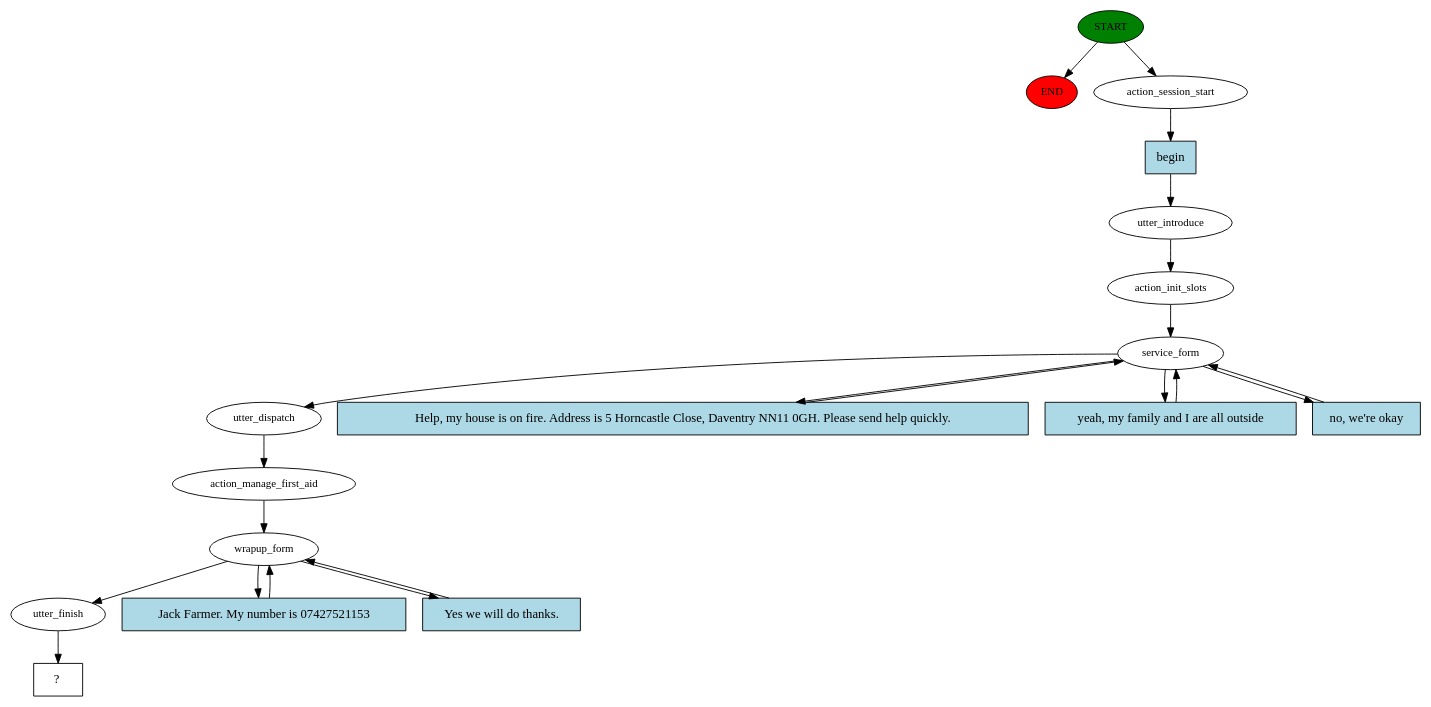
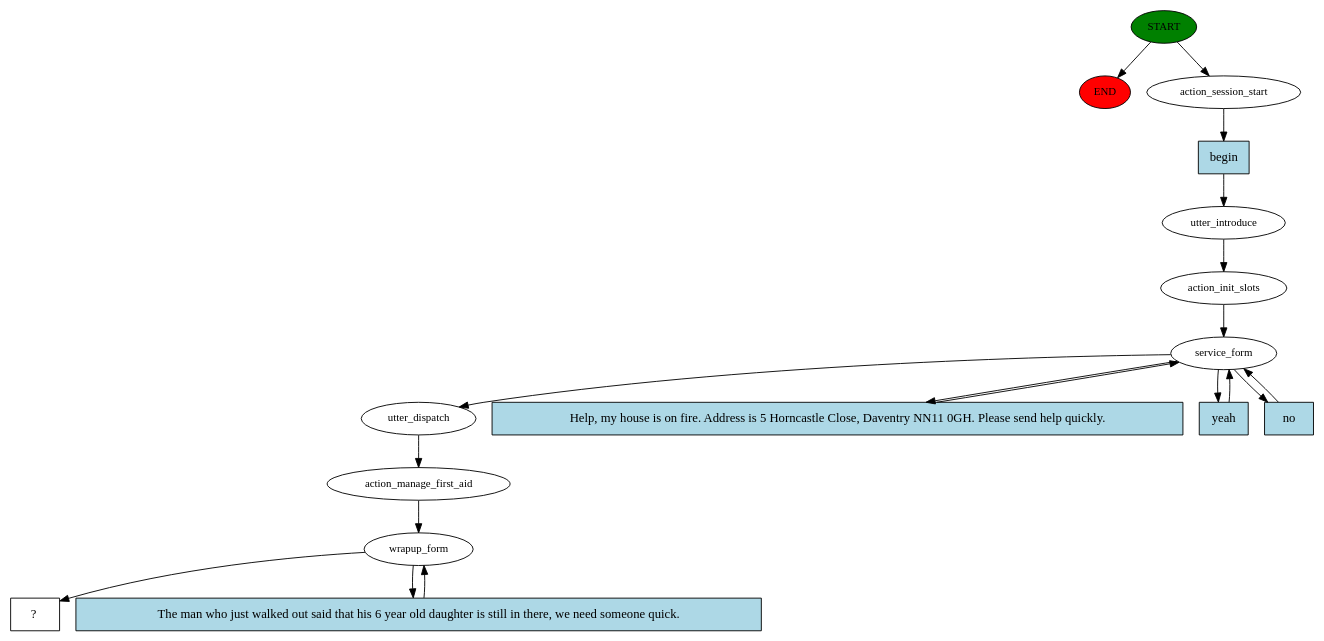
Before and after one commit to JackFarmer132/CS310Project: the diagram in chatbot/story_graph.dot, drawn with Graphviz. The commit also changed 14 other files, not shown here.

```diff
--- a/chatbot/story_graph.dot
+++ b/chatbot/story_graph.dot
@@ -1,40 +1,35 @@
 digraph  {
 0 [class="start active", fillcolor=green, fontsize=12, label=START, style=filled];
 "-1" [class=end, fillcolor=red, fontsize=12, label=END, style=filled];
 1 [class=active, fontsize=12, label=action_session_start];
 2 [class=active, fontsize=12, label=utter_introduce];
 3 [class=active, fontsize=12, label=action_init_slots];
 4 [class=active, fontsize=12, label=service_form];
 8 [class=active, fontsize=12, label=utter_dispatch];
 9 [class=active, fontsize=12, label=action_manage_first_aid];
 10 [class=active, fontsize=12, label=wrapup_form];
-13 [class=active, fontsize=12, label=utter_finish];
-14 [class="intent dashed active", label="  ?  ", shape=rect];
-15 [class="intent active", fillcolor=lightblue, label=begin, shape=rect, style=filled];
-16 [class="intent active", fillcolor=lightblue, label="Help, my house is on fire. Address is 5 Horncastle Close, Daventry NN11 0GH. Please send help quickly.", shape=rect, style=filled];
-17 [class="intent active", fillcolor=lightblue, label="yeah, my family and I are all outside", shape=rect, style=filled];
-18 [class="intent active", fillcolor=lightblue, label="no, we're okay", shape=rect, style=filled];
-19 [class="intent active", fillcolor=lightblue, label="Jack Farmer. My number is 07427521153", shape=rect, style=filled];
-20 [class="intent active", fillcolor=lightblue, label="Yes we will do thanks.", shape=rect, style=filled];
+12 [class="intent dashed active", label="  ?  ", shape=rect];
+13 [class="intent active", fillcolor=lightblue, label=begin, shape=rect, style=filled];
+14 [class="intent active", fillcolor=lightblue, label="Help, my house is on fire. Address is 5 Horncastle Close, Daventry NN11 0GH. Please send help quickly.", shape=rect, style=filled];
+15 [class="intent active", fillcolor=lightblue, label=yeah, shape=rect, style=filled];
+16 [class="intent active", fillcolor=lightblue, label=no, shape=rect, style=filled];
+17 [class="intent active", fillcolor=lightblue, label="The man who just walked out said that his 6 year old daughter is still in there, we need someone quick.", shape=rect, style=filled];
 0 -> "-1"  [class="", key=NONE, label=""];
 0 -> 1  [class=active, key=NONE, label=""];
-1 -> 15  [class=active, key=0];
+1 -> 13  [class=active, key=0];
 2 -> 3  [class=active, key=NONE, label=""];
 3 -> 4  [class=active, key=NONE, label=""];
 4 -> 8  [class=active, key=NONE, label=""];
+4 -> 14  [class=active, key=0];
+4 -> 15  [class=active, key=0];
 4 -> 16  [class=active, key=0];
-4 -> 17  [class=active, key=0];
-4 -> 18  [class=active, key=0];
 8 -> 9  [class=active, key=NONE, label=""];
 9 -> 10  [class=active, key=NONE, label=""];
-10 -> 13  [class=active, key=NONE, label=""];
-10 -> 19  [class=active, key=0];
-10 -> 20  [class=active, key=0];
-13 -> 14  [class=active, key=NONE, label=""];
-15 -> 2  [class=active, key=0];
+10 -> 12  [class=active, key=NONE, label=""];
+10 -> 17  [class=active, key=0];
+13 -> 2  [class=active, key=0];
+14 -> 4  [class=active, key=0];
+15 -> 4  [class=active, key=0];
 16 -> 4  [class=active, key=0];
-17 -> 4  [class=active, key=0];
-18 -> 4  [class=active, key=0];
-19 -> 10  [class=active, key=0];
-20 -> 10  [class=active, key=0];
+17 -> 10  [class=active, key=0];
 }
```
